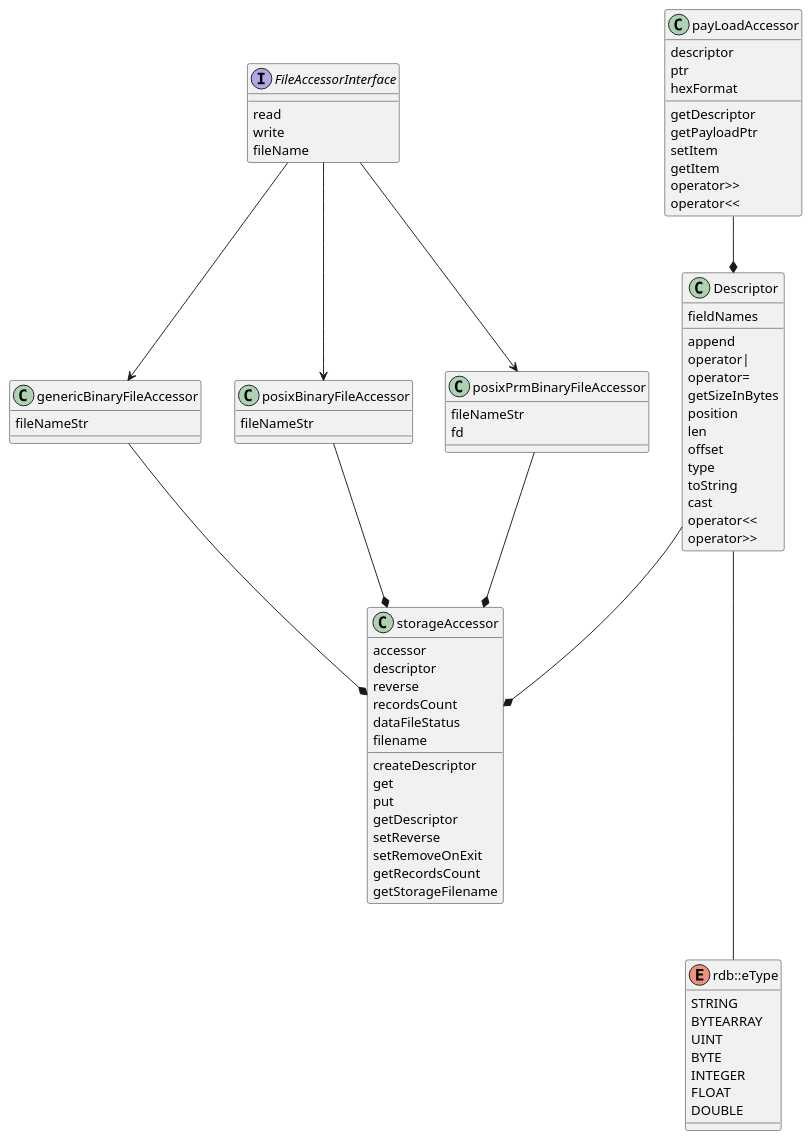
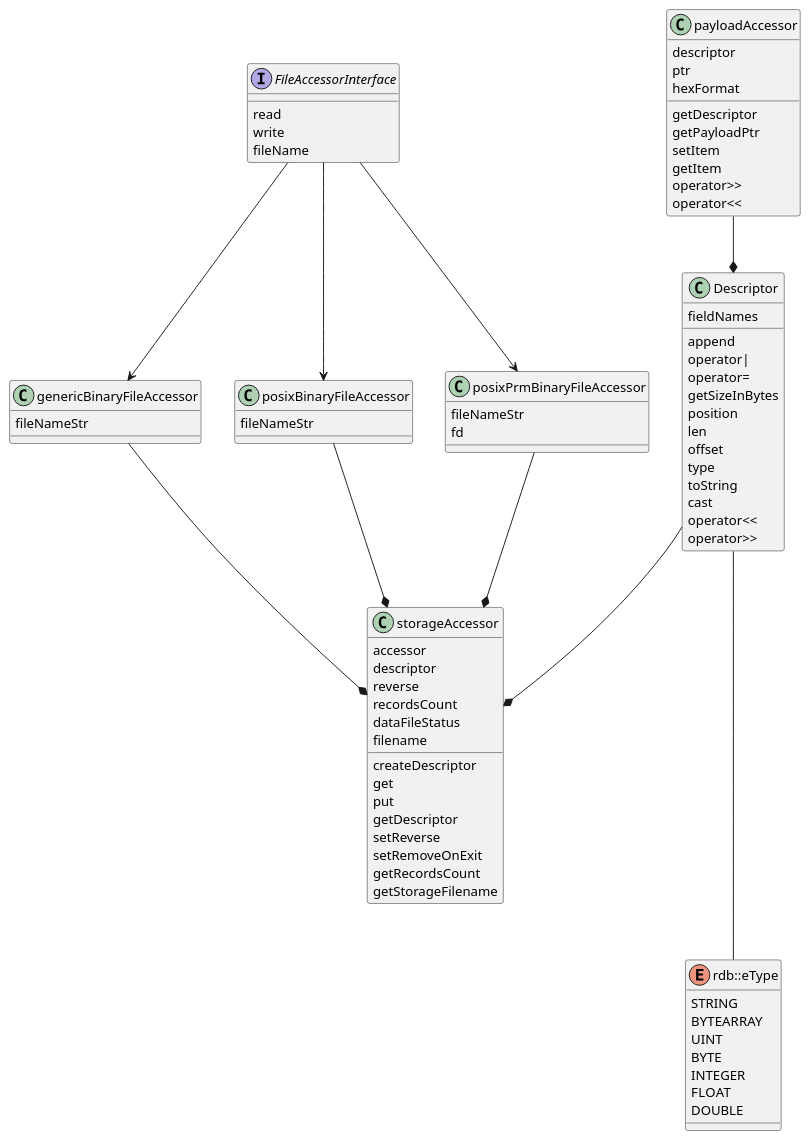
Before and after one commit to michalwidera/retractordb: the diagram in src/include/rdb/UML/rdb.puml, drawn with PlantUML. The commit also changed 6 other files, not shown here.

```diff
--- a/src/include/rdb/UML/rdb.puml
+++ b/src/include/rdb/UML/rdb.puml
@@ -1,96 +1,96 @@
 @startuml
 
 class Descriptor {
     {field} fieldNames
 
     {method} append
     {method} operator|
     {method} operator=
     {method} getSizeInBytes
     {method} position
     {method} len
     {method} offset
     {method} type
     {method} toString
     {method} cast
     {method} operator<<
     {method} operator>>
 }
 
 class genericBinaryFileAccessor {
     {field} fileNameStr
 }
 
 
 class posixBinaryFileAccessor {
     {field} fileNameStr
 }
 
 class posixPrmBinaryFileAccessor {
     {field} fileNameStr
     {field} fd
 }
 
 
 interface FileAccessorInterface {
     {method} read
     {method} write
     {method} fileName
 }
 
-class payLoadAccessor {
+class payloadAccessor {
     {field} descriptor
     {field} ptr
     {field} hexFormat
 
     {method} getDescriptor
     {method} getPayloadPtr
     {method} setItem
     {method} getItem
     {method} operator>>
     {method} operator<<
 }
 
 class storageAccessor {
     {field} accessor
     {field} descriptor
     {field} reverse
     {field} recordsCount
     {field} dataFileStatus
     {field} filename
 
     {method} createDescriptor
     {method} get
     {method} put
     {method} getDescriptor
     {method} setReverse
     {method} setRemoveOnExit
     {method} getRecordsCount
     {method} getStorageFilename
 }
 
 enum rdb::eType {
     STRING
     BYTEARRAY
     UINT
     BYTE
     INTEGER
     FLOAT
     DOUBLE
 }
 
 FileAccessorInterface --> genericBinaryFileAccessor
 FileAccessorInterface --> posixBinaryFileAccessor
 FileAccessorInterface --> posixPrmBinaryFileAccessor
 
 genericBinaryFileAccessor --* storageAccessor
 posixBinaryFileAccessor --* storageAccessor
 posixPrmBinaryFileAccessor --* storageAccessor
 
 Descriptor --* storageAccessor
 
 Descriptor --- rdb::eType
 
-payLoadAccessor --* Descriptor
+payloadAccessor --* Descriptor
 
 @enduml
```
